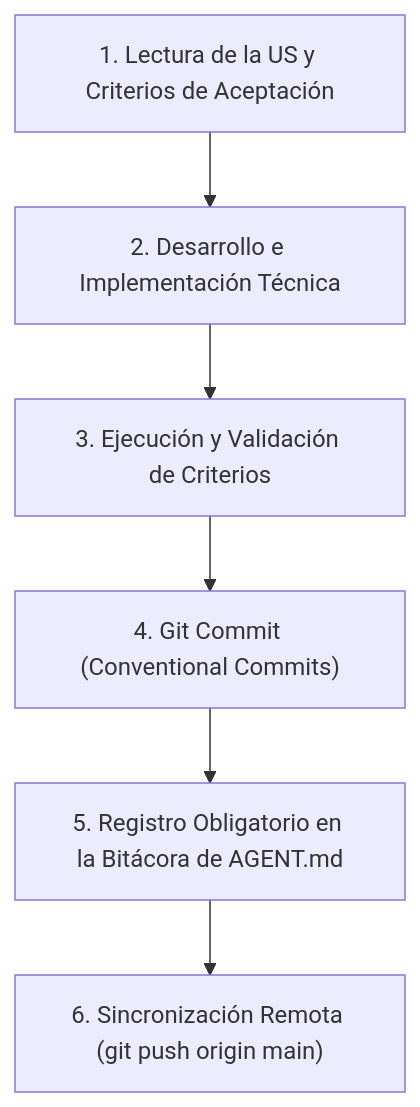
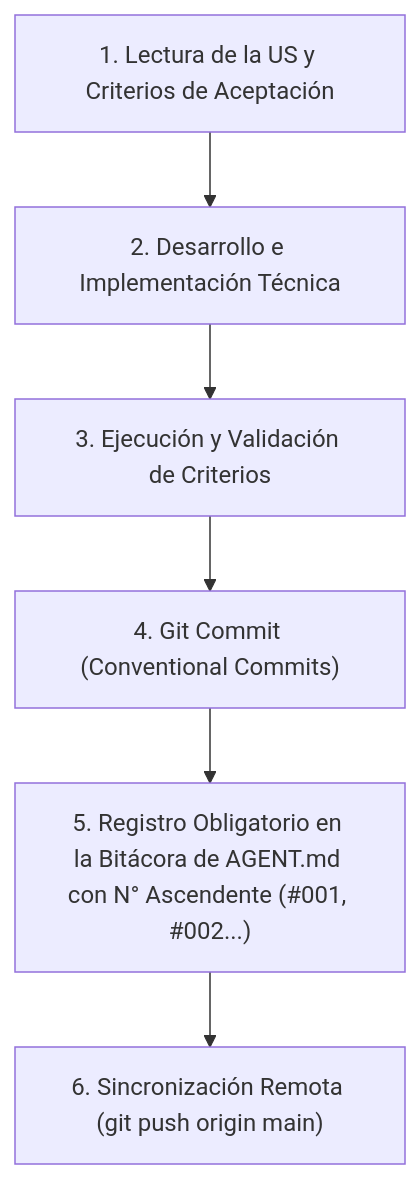
Before and after one commit to Data-Industry/Desarollo-Proyecto: the diagram in AGENT.md, drawn with Mermaid. The commit also changed other lines of this file and 1 other file, not shown here.

````diff
--- a/AGENT.md
+++ b/AGENT.md
@@ -98,8 +107,8 @@
 ```mermaid
 flowchart TD
     P1["1. Lectura de la US y Criterios de Aceptación"] --> P2["2. Desarrollo e Implementación Técnica"]
     P2 --> P3["3. Ejecución y Validación de Criterios"]
     P3 --> P4["4. Git Commit (Conventional Commits)"]
-    P4 --> P5["5. Registro Obligatorio en la Bitácora de AGENT.md"]
+    P4 --> P5["5. Registro Obligatorio en la Bitácora de AGENT.md con N° Ascendente (#001, #002...)"]
     P5 --> P6["6. Sincronización Remota (git push origin main)"]
 ```
````
